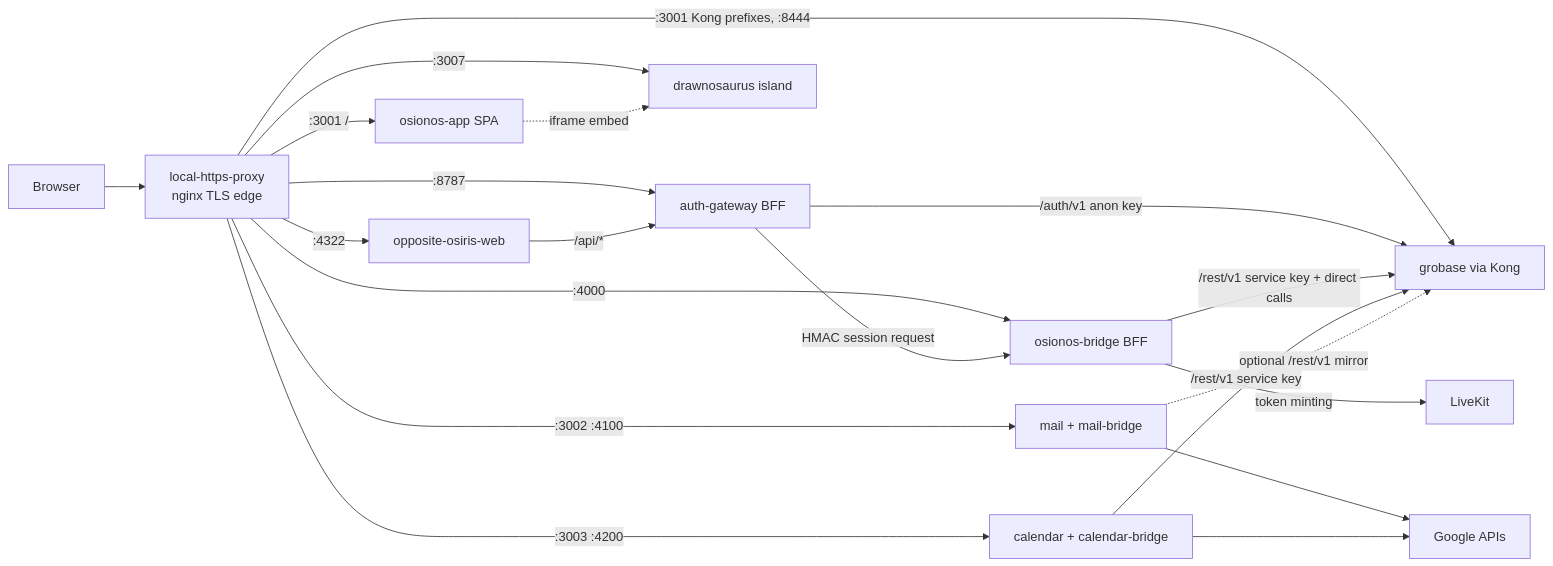
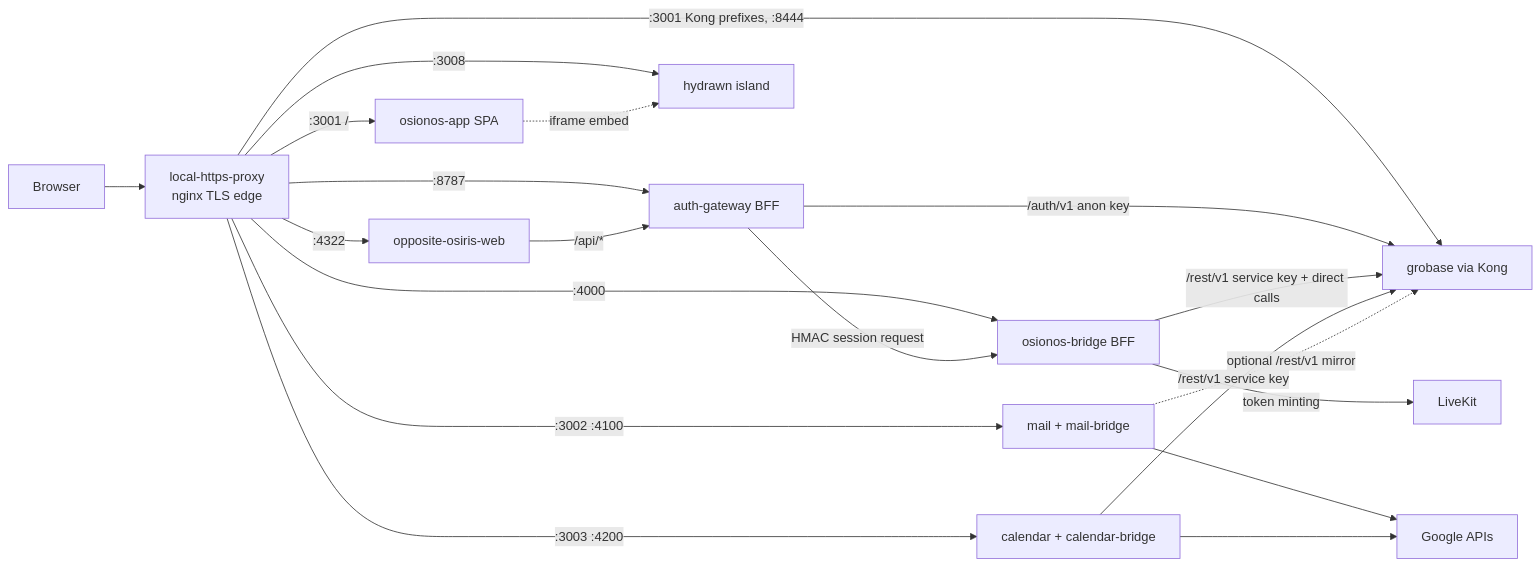
One commit to Univers42/groot changed the first of 5 diagrams in wiki/architecture/study/00-context-map.md. Above: the diagram before and after it, drawn with Mermaid. The commit also changed other lines of this file and 33 other files, not shown here.

````diff
--- a/wiki/architecture/study/00-context-map.md
+++ b/wiki/architecture/study/00-context-map.md
@@ -39,22 +38,22 @@
 ```mermaid
 flowchart LR
   B["Browser"] --> P["local-https-proxy<br/>nginx TLS edge"]
   P -->|":4322"| OO["opposite-osiris-web"]
   P -->|":8787"| AG["auth-gateway BFF"]
   P -->|":3001 /"| OA["osionos-app SPA"]
   P -->|":4000"| BR["osionos-bridge BFF"]
   P -->|":3002 :4100"| ML["mail + mail-bridge"]
   P -->|":3003 :4200"| CL["calendar + calendar-bridge"]
-  P -->|":3007"| DW["drawnosaurus island"]
+  P -->|":3008"| DW["hydrawn island"]
   P -->|":3001 Kong prefixes, :8444"| G["grobase via Kong"]
   OO -->|"/api/*"| AG
   AG -->|"/auth/v1 anon key"| G
   AG -->|"HMAC session request"| BR
   BR -->|"/rest/v1 service key + direct calls"| G
   CL -->|"/rest/v1 service key"| G
   ML -.->|"optional /rest/v1 mirror"| G
   BR -->|"token minting"| LK["LiveKit"]
   ML --> GO["Google APIs"]
   CL --> GO
   OA -.->|"iframe embed"| DW
 ```
````
